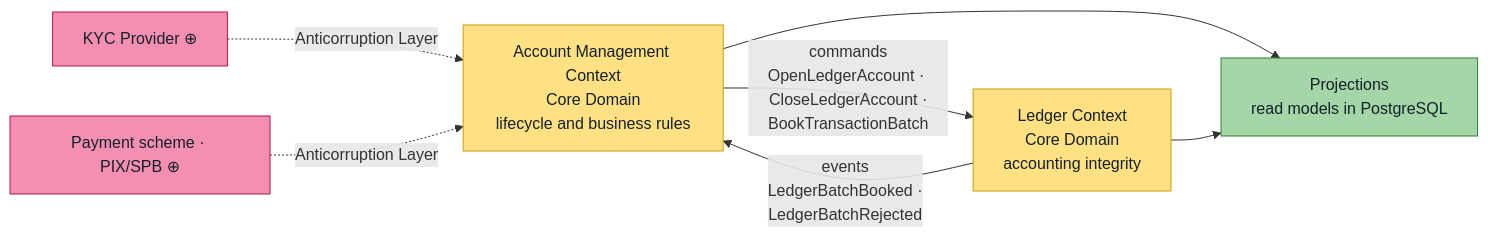
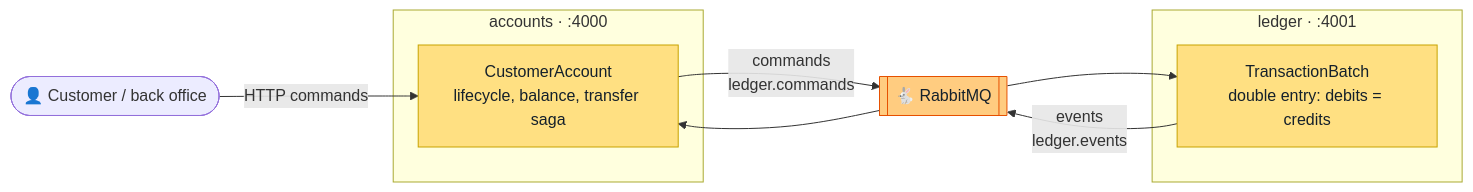
The diagram in README.md (LuanDc/banking), drawn with Mermaid before and after one commit. The commit also changed other lines of this file and 4 other files, not shown here.

````diff
--- a/README.md
+++ b/README.md
@@ -359,19 +20,24 @@
 ```mermaid
 flowchart LR
-    AM["Account Management Context<br/>Core Domain<br/>lifecycle and business rules"]:::ctx
-    LG["Ledger Context<br/>Core Domain<br/>accounting integrity"]:::ctx
-    PJ["Projections<br/>read models in PostgreSQL"]:::sup
-    KYC["KYC Provider ⊕"]:::ext
-    SPB["Payment scheme · PIX/SPB ⊕"]:::ext
+    U(["👤 Customer / back office"])
 
-    AM -->|"commands<br/>OpenLedgerAccount · CloseLedgerAccount ·<br/>BookTransactionBatch"| LG
-    LG -->|"events<br/>LedgerBatchBooked ·<br/>LedgerBatchRejected"| AM
-    AM --> PJ
-    LG --> PJ
-    KYC -.->|"Anticorruption Layer"| AM
-    SPB -.->|"Anticorruption Layer"| AM
+    subgraph AC["accounts · :4000"]
+        A["CustomerAccount<br/>lifecycle, balance, transfer saga"]
+    end
 
-    classDef ctx fill:#FFE082,stroke:#C8A300,color:#14202B
-    classDef sup fill:#A5D6A7,stroke:#2E7D32,color:#14202B
-    classDef ext fill:#F48FB1,stroke:#AD1457,color:#14202B
+    subgraph LG["ledger · :4001"]
+        L["TransactionBatch<br/>double entry: debits = credits"]
+    end
+
+    MQ[["🐇 RabbitMQ"]]
+
+    U -->|"HTTP commands"| A
+    A -->|"commands<br/>ledger.commands"| MQ --> L
+    L -->|"events<br/>ledger.events"| MQ
+    MQ --> A
+
+    classDef svc fill:#FFE082,stroke:#C8A300,color:#14202B
+    classDef mq fill:#FFCC80,stroke:#E65100,color:#14202B
+    class A,L svc
+    class MQ mq
 ```
````
